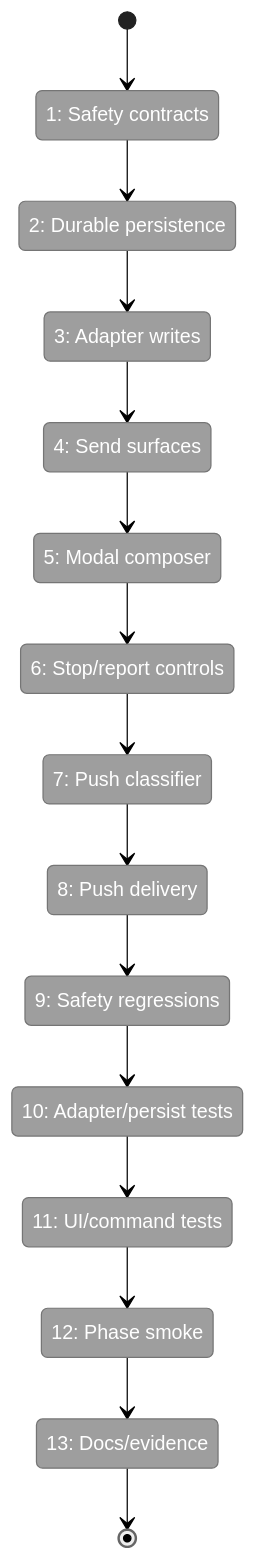
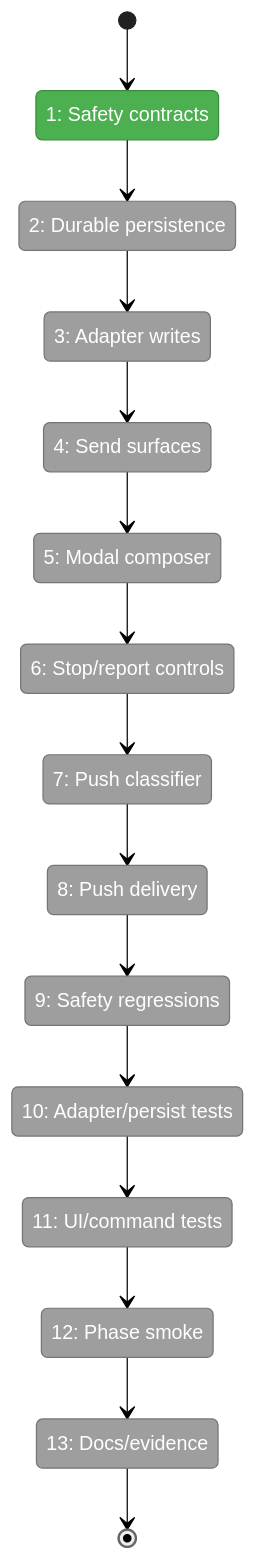
One commit to vaughanknight/pij changed the first of 2 diagrams in docs/plans/007-options-for-pi-extensions-that-do-subagents/tasks/phase-3-interaction-push-context-and-hardening/tasks.fltplan.md. Above: the diagram before and after it, drawn with Mermaid (neutral theme). The commit also changed other lines of this file and 4 other files, not shown here.

````diff
--- a/docs/plans/007-options-for-pi-extensions-that-do-subagents/tasks/phase-3-interaction-push-context-and-hardening/tasks.fltplan.md
+++ b/docs/plans/007-options-for-pi-extensions-that-do-subagents/tasks/phase-3-interaction-push-context-and-hardening/tasks.fltplan.md
@@ -43,38 +43,39 @@
 ```mermaid
 stateDiagram-v2
     classDef pending fill:#9E9E9E,stroke:#757575,color:#fff
     classDef active fill:#FFC107,stroke:#FFA000,color:#000
     classDef done fill:#4CAF50,stroke:#388E3C,color:#fff
     classDef blocked fill:#F44336,stroke:#D32F2F,color:#fff
 
     state "1: Safety contracts" as S1
     state "2: Durable persistence" as S2
     state "3: Adapter writes" as S3
     state "4: Send surfaces" as S4
     state "5: Modal composer" as S5
     state "6: Stop/report controls" as S6
     state "7: Push classifier" as S7
     state "8: Push delivery" as S8
     state "9: Safety regressions" as S9
     state "10: Adapter/persist tests" as S10
     state "11: UI/command tests" as S11
     state "12: Phase smoke" as S12
     state "13: Docs/evidence" as S13
 
     [*] --> S1
     S1 --> S2
     S2 --> S3
     S3 --> S4
     S4 --> S5
     S5 --> S6
     S6 --> S7
     S7 --> S8
     S8 --> S9
     S9 --> S10
     S10 --> S11
     S11 --> S12
     S12 --> S13
     S13 --> [*]
 
-    class S1,S2,S3,S4,S5,S6,S7,S8,S9,S10,S11,S12,S13 pending
+    class S1 done
+    class S2,S3,S4,S5,S6,S7,S8,S9,S10,S11,S12,S13 pending
 ```
````
